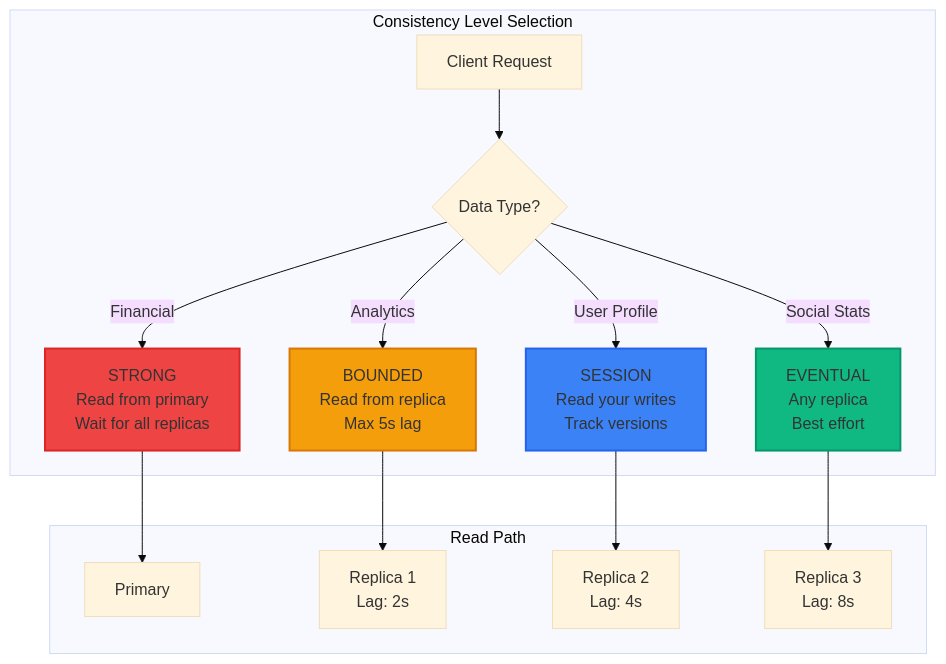
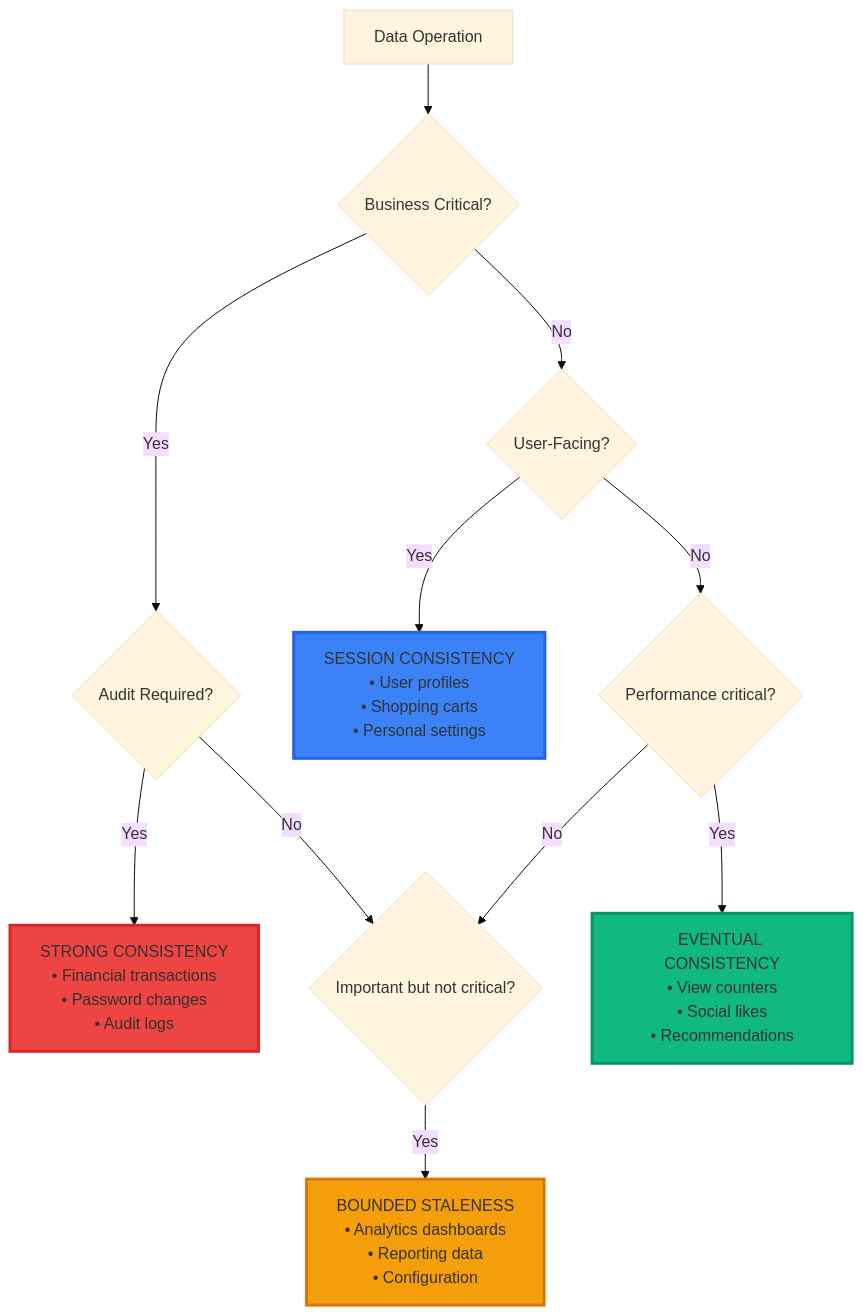
The second of 30 diagrams in docs/pattern-library/data-management/tunable-consistency.md (deepaucksharma/DStudio), drawn with Mermaid (base theme) before and after one commit. The commit also changed other lines of this file and 191 other files, not shown here.

````diff
--- a/docs/pattern-library/data-management/tunable-consistency.md
+++ b/docs/pattern-library/data-management/tunable-consistency.md
@@ -65,35 +99,23 @@
 ```mermaid
-flowchart TB
-    subgraph "Consistency Level Selection"
-        Client[Client Request]
-        Type{Data Type?}
-        
-        Strong[STRONG<br/>Read from primary<br/>Wait for all replicas]
-        Bounded[BOUNDED<br/>Read from replica<br/>Max 5s lag]
-        Session[SESSION<br/>Read your writes<br/>Track versions]
-        Eventual[EVENTUAL<br/>Any replica<br/>Best effort]
-        
-        Client --> Type
-        Type -->|Financial| Strong
-        Type -->|Analytics| Bounded
-        Type -->|User Profile| Session
-        Type -->|Social Stats| Eventual
-    end
+flowchart TD
+    Start[Data Operation] --> Critical{Business Critical?}
     
-    subgraph "Read Path"
-        R1[Primary]
-        R2[Replica 1<br/>Lag: 2s]
-        R3[Replica 2<br/>Lag: 4s]
-        R4[Replica 3<br/>Lag: 8s]
-        
-        Strong --> R1
-        Bounded --> R2
-        Session --> R3
-        Eventual --> R4
-    end
+    Critical -->|Yes| Audit{Audit Required?}
+    Critical -->|No| UserFacing{User-Facing?}
     
-    style Strong fill:#ef4444,stroke:#dc2626,stroke-width:2px
-    style Bounded fill:#f59e0b,stroke:#d97706,stroke-width:2px
-    style Session fill:#3b82f6,stroke:#2563eb,stroke-width:2px
-    style Eventual fill:#10b981,stroke:#059669,stroke-width:2px
+    Audit -->|Yes| Strong[STRONG CONSISTENCY<br/>• Financial transactions<br/>• Password changes<br/>• Audit logs]
+    Audit -->|No| Important{Important but not critical?}
+    
+    Important -->|Yes| Bounded[BOUNDED STALENESS<br/>• Analytics dashboards<br/>• Reporting data<br/>• Configuration]
+    
+    UserFacing -->|Yes| Session[SESSION CONSISTENCY<br/>• User profiles<br/>• Shopping carts<br/>• Personal settings]
+    UserFacing -->|No| Performance{Performance critical?}
+    
+    Performance -->|Yes| Eventual[EVENTUAL CONSISTENCY<br/>• View counters<br/>• Social likes<br/>• Recommendations]
+    Performance -->|No| Important
+    
+    style Strong fill:#ef4444,stroke:#dc2626,stroke-width:3px
+    style Bounded fill:#f59e0b,stroke:#d97706,stroke-width:3px
+    style Session fill:#3b82f6,stroke:#2563eb,stroke-width:3px
+    style Eventual fill:#10b981,stroke:#059669,stroke-width:3px
 ```
````
